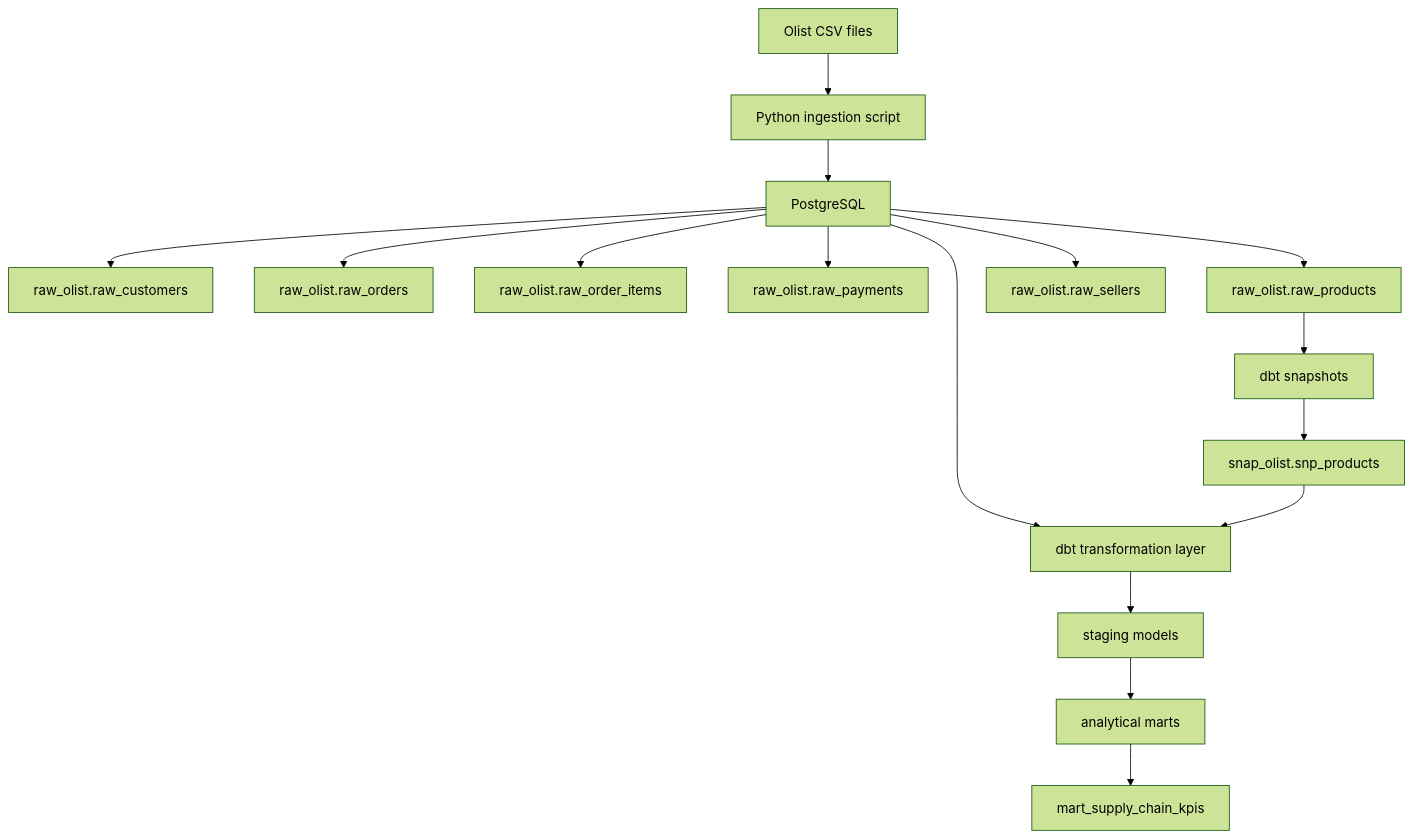
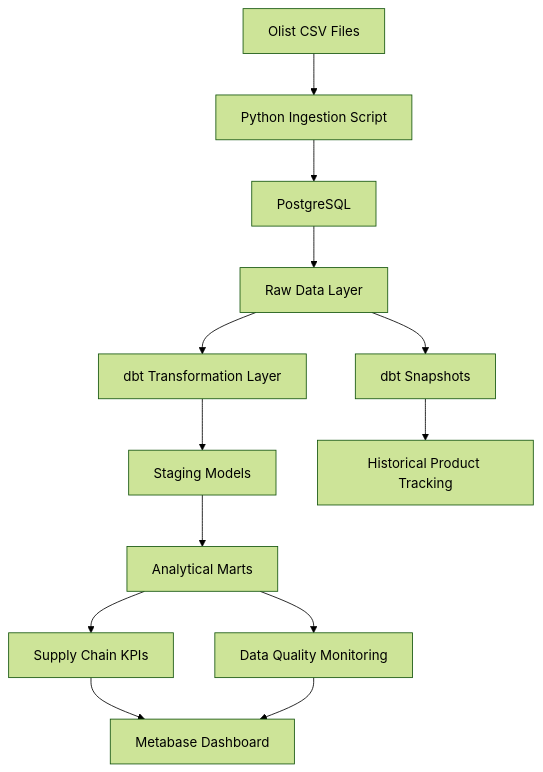
Before and after one commit to Oumayma68/Olist-E-commerce-Supply-Chain-Intelligence: the diagram in README.md, drawn with Mermaid (forest theme). The commit also changed other lines of this file and 3 other files, not shown here.

Commit message:
feat(dashboard): add data health monitoring and dbt exposures

````diff
--- a/README.md
+++ b/README.md
@@ -15,18 +15,15 @@
 ```mermaid
 graph TD
-    A["Olist CSV files"] --> B["Python ingestion script"]
+    A["Olist CSV Files"] --> B["Python Ingestion Script"]
     B --> C["PostgreSQL"]
-    C --> D["raw_olist.raw_customers"]
-    C --> E["raw_olist.raw_orders"]
-    C --> F["raw_olist.raw_order_items"]
-    C --> G["raw_olist.raw_payments"]
-    C --> H["raw_olist.raw_products"]
-    C --> I["raw_olist.raw_sellers"]
-    H --> J["dbt snapshots"] 
-    J --> K["snap_olist.snp_products"] 
-    C --> L["dbt transformation layer"] 
-    K --> L 
-    L --> M["staging models"] 
-    M --> N["analytical marts"]
-    N --> O["mart_supply_chain_kpis"]
+    C --> D["Raw Data Layer"]
+    D --> E["dbt Transformation Layer"]
+    E --> F["Staging Models"]
+    F --> G["Analytical Marts"]
+    G --> H["Supply Chain KPIs"]
+    G --> I["Data Quality Monitoring"]
+    H --> J["Metabase Dashboard"]
+    I --> J
+    D --> K["dbt Snapshots"]
+    K --> L["Historical Product Tracking"]
 ```
````
